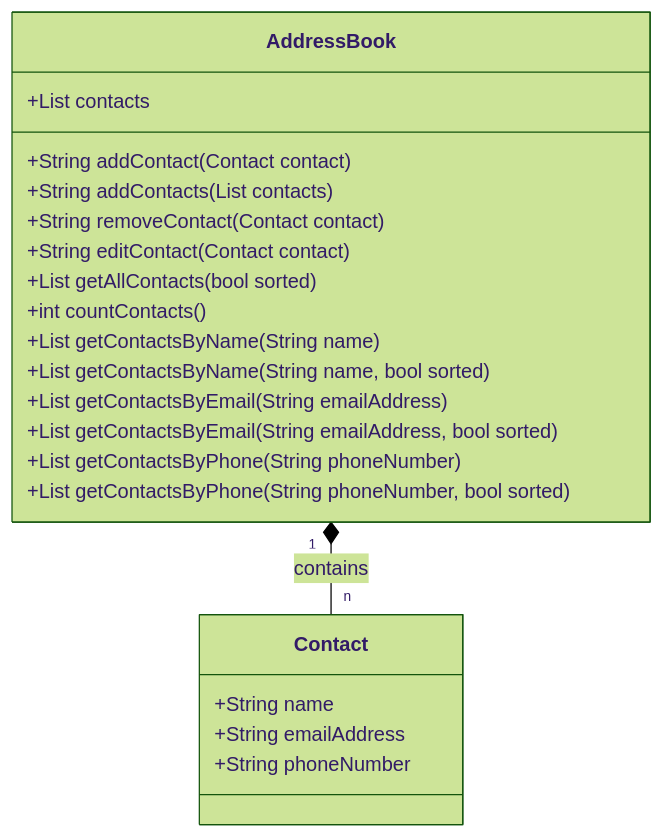
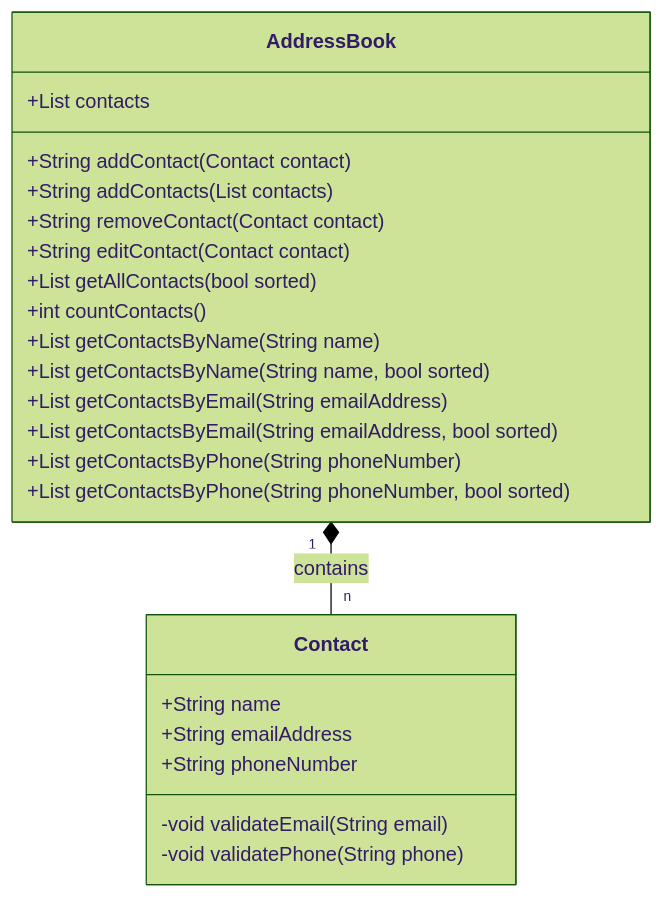
One commit to jpmono416/df-challenge-3-copy changed the diagram in docs/definition-of-done.md. Above: the diagram before and after it, drawn with Mermaid (forest theme). The commit also changed other lines of this file and 2 other files, not shown here.

Commit message:
[Feat]: Case 1.4.2 passed. Added phone number validation. Refactored tests

````diff
--- a/docs/definition-of-done.md
+++ b/docs/definition-of-done.md
@@ -8,27 +8,29 @@
 ```mermaid
 classDiagram
     AddressBook "1" *-- "n" Contact : contains
 
     class Contact {
         +String name
         +String emailAddress
         +String phoneNumber
+        -void validateEmail(String email)
+        -void validatePhone(String phone)
     }
     
     class AddressBook {
         +List<Contact> contacts
         +String addContact(Contact contact)
         +String addContacts(List<Contact> contacts)
         +String removeContact(Contact contact)
         +String editContact(Contact contact)
         +List<Contact> getAllContacts(bool sorted)
         +int countContacts()
         +List<Contact> getContactsByName(String name)
         +List<Contact> getContactsByName(String name, bool sorted)
         +List<Contact> getContactsByEmail(String emailAddress)
         +List<Contact> getContactsByEmail(String emailAddress, bool sorted)
         +List<Contact> getContactsByPhone(String phoneNumber)
         +List<Contact> getContactsByPhone(String phoneNumber, bool sorted)
     }
         
 ```
````
